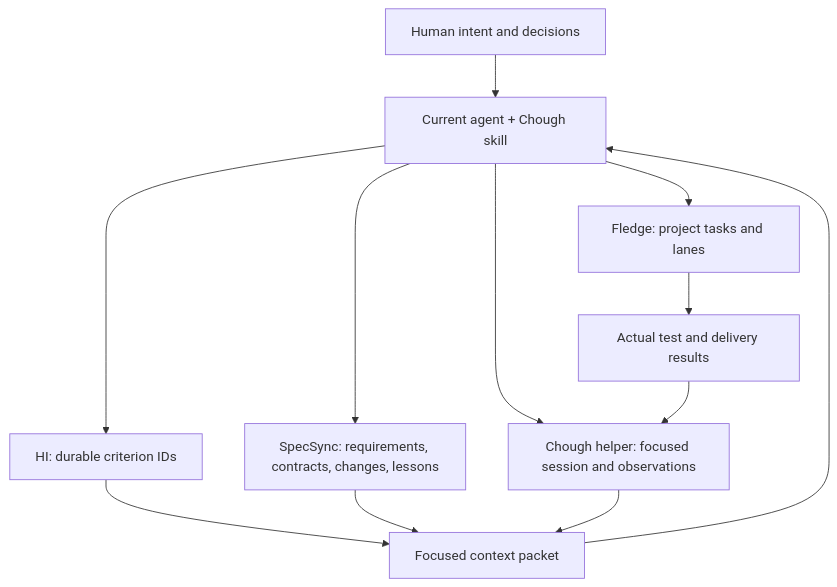
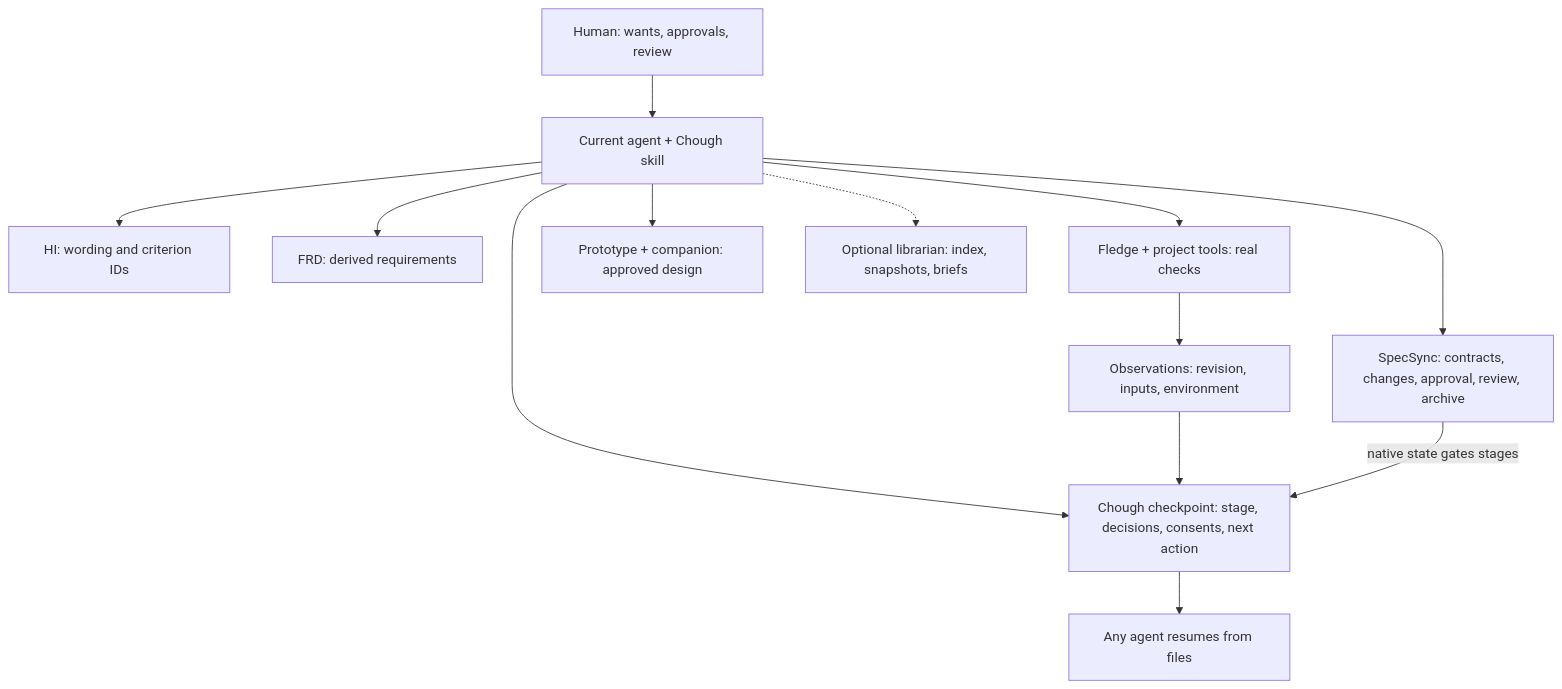
One commit to CorvidLabs/chough changed the first of 2 diagrams in docs/architecture.md. Above: the diagram before and after it, drawn with Mermaid. The commit also changed other lines of this file and 27 other files, not shown here.

````diff
--- a/docs/architecture.md
+++ b/docs/architecture.md
@@ -9,14 +11,15 @@
 ```mermaid
 flowchart TB
-    human["Human intent and decisions"] --> agent["Current agent + Chough skill"]
-    agent --> hi["HI: durable criterion IDs"]
-    agent --> spec["SpecSync: requirements, contracts, changes, lessons"]
-    agent --> fledge["Fledge: project tasks and lanes"]
-    agent --> helper["Chough helper: focused session and observations"]
-    hi --> context["Focused context packet"]
-    spec --> context
-    helper --> context
-    context --> agent
-    fledge --> results["Actual test and delivery results"]
-    results --> helper
+    human["Human: wants, approvals, review"] --> agent["Current agent + Chough skill"]
+    agent --> hi["HI: wording and criterion IDs"]
+    agent --> frd["FRD: derived requirements"]
+    agent --> spec["SpecSync: contracts, changes, approval, review, archive"]
+    agent --> fledge["Fledge + project tools: real checks"]
+    agent --> proto["Prototype + companion: approved design"]
+    agent --> chough["Chough checkpoint: stage, decisions, consents, next action"]
+    agent -.-> library["Optional librarian: index, snapshots, briefs"]
+    fledge --> evidence["Observations: revision, inputs, environment"]
+    evidence --> chough
+    spec -->|"native state gates stages"| chough
+    chough --> resume["Any agent resumes from files"]
 ```
````
